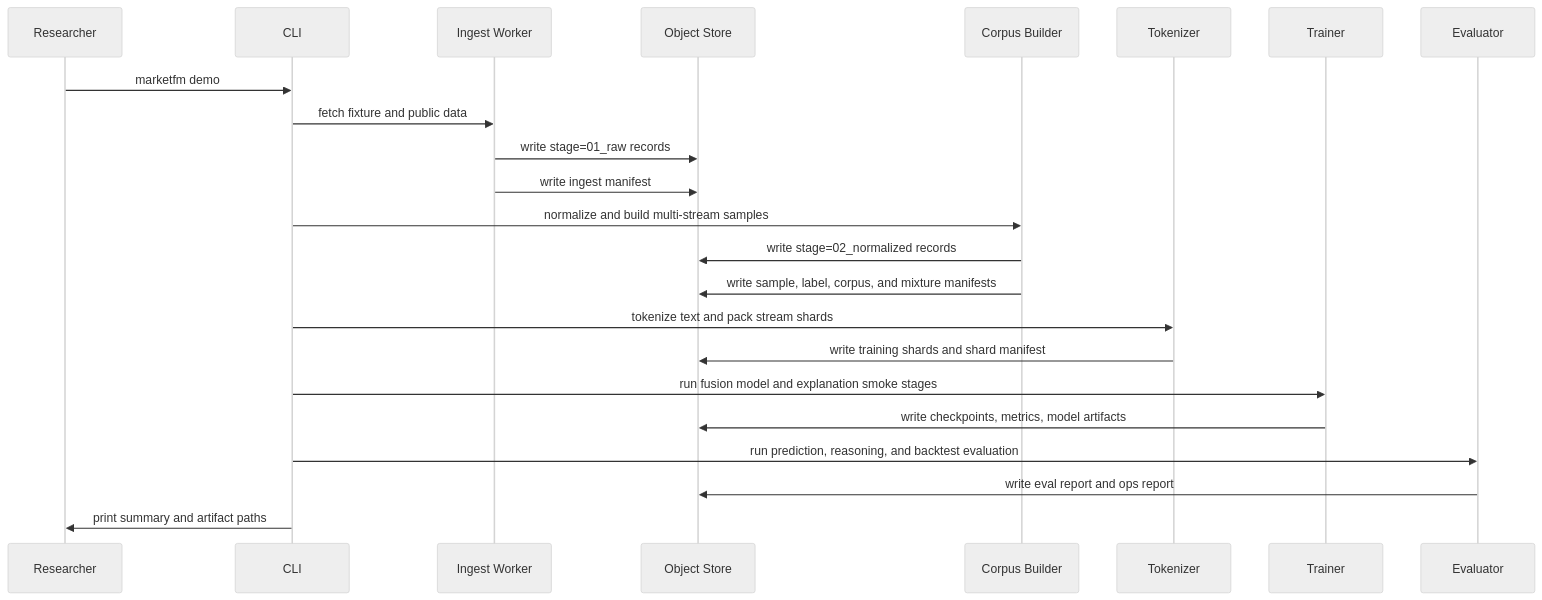
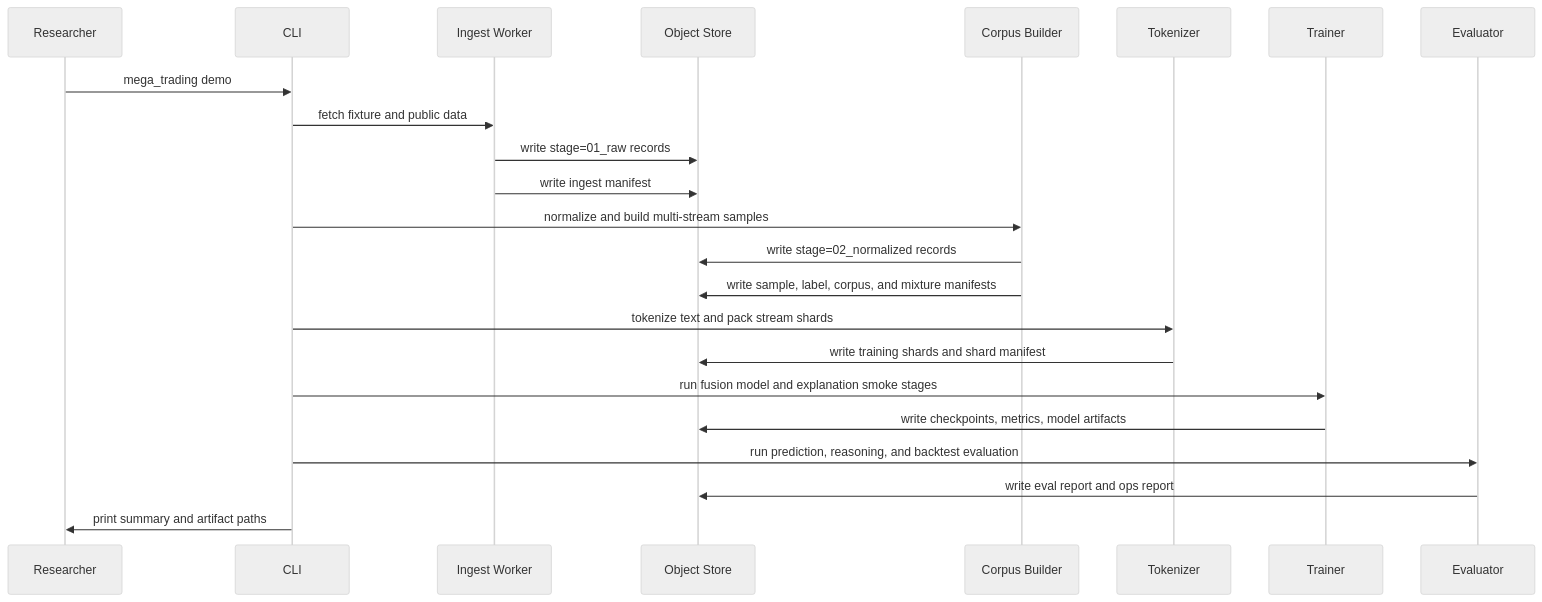
One commit to duoan/mega-trading changed the third of 4 diagrams in docs/high-level-design.md. Above: the diagram before and after it, drawn with Mermaid (neutral theme). The commit also changed 63 other files, not shown here.

First line of the commit message:
refactor: rename package to mega_trading

````diff
--- a/docs/high-level-design.md
+++ b/docs/high-level-design.md
@@ -421,26 +421,26 @@
 ```mermaid
 sequenceDiagram
     participant User as Researcher
     participant CLI as CLI
     participant Ingest as Ingest Worker
     participant Store as Object Store
     participant Corpus as Corpus Builder
     participant Tok as Tokenizer
     participant Train as Trainer
     participant Eval as Evaluator
 
-    User->>CLI: marketfm demo
+    User->>CLI: mega_trading demo
     CLI->>Ingest: fetch fixture and public data
     Ingest->>Store: write stage=01_raw records
     Ingest->>Store: write ingest manifest
     CLI->>Corpus: normalize and build multi-stream samples
     Corpus->>Store: write stage=02_normalized records
     Corpus->>Store: write sample, label, corpus, and mixture manifests
     CLI->>Tok: tokenize text and pack stream shards
     Tok->>Store: write training shards and shard manifest
     CLI->>Train: run fusion model and explanation smoke stages
     Train->>Store: write checkpoints, metrics, model artifacts
     CLI->>Eval: run prediction, reasoning, and backtest evaluation
     Eval->>Store: write eval report and ops report
     CLI->>User: print summary and artifact paths
 ```
````
